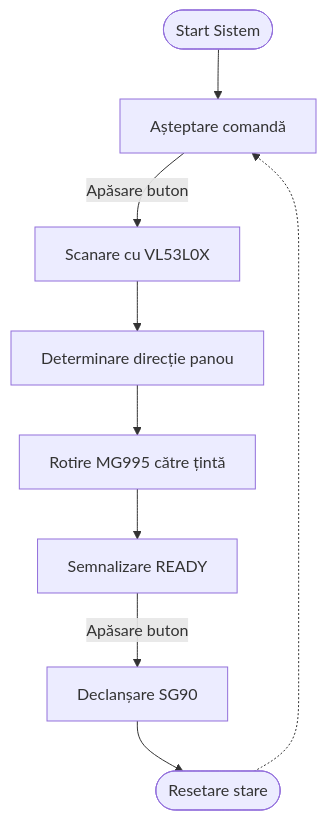
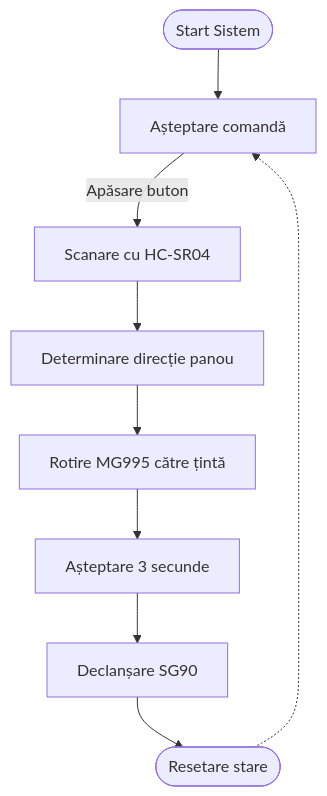
One commit to UPB-PMRust/website changed the second of 2 diagrams in website/versioned_docs/version-acs_cc/project/2026/vlad.raris/index.md. Above: the diagram before and after it, drawn with Mermaid. The commit also changed other lines of this file and 7 other files, not shown here.

````diff
--- a/website/versioned_docs/version-acs_cc/project/2026/vlad.raris/index.md
+++ b/website/versioned_docs/version-acs_cc/project/2026/vlad.raris/index.md
@@ -142,11 +201,11 @@
 ```mermaid
 flowchart TD
     A([Start Sistem]) --> B[Așteptare comandă]
-    B -->|Apăsare buton| C[Scanare cu VL53L0X]
+    B -->|Apăsare buton| C[Scanare cu HC-SR04]
     C --> D[Determinare direcție panou]
     D --> E[Rotire MG995 către țintă]
-    E --> F[Semnalizare READY]
-    F -->|Apăsare buton| G[Declanșare SG90]
+    E --> F[Așteptare 3 secunde]
+    F --> G[Declanșare SG90]
     G --> H([Resetare stare])
     H -.-> B
 ```
````
